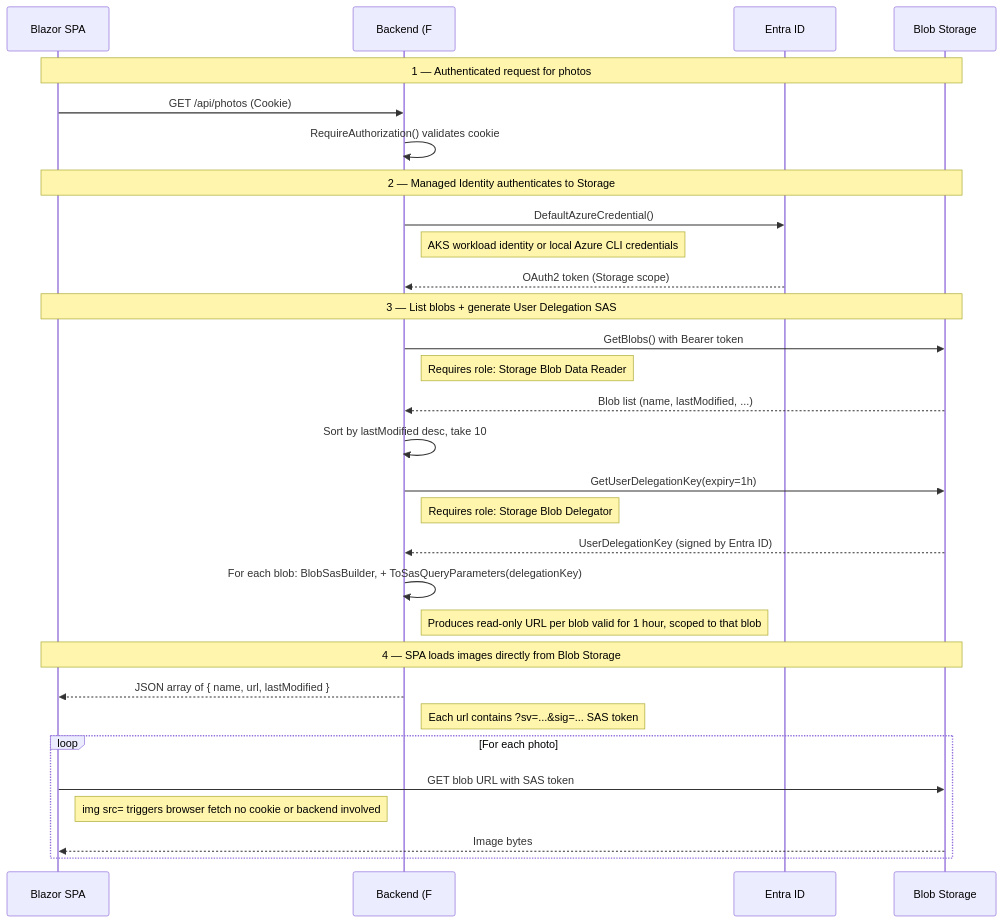
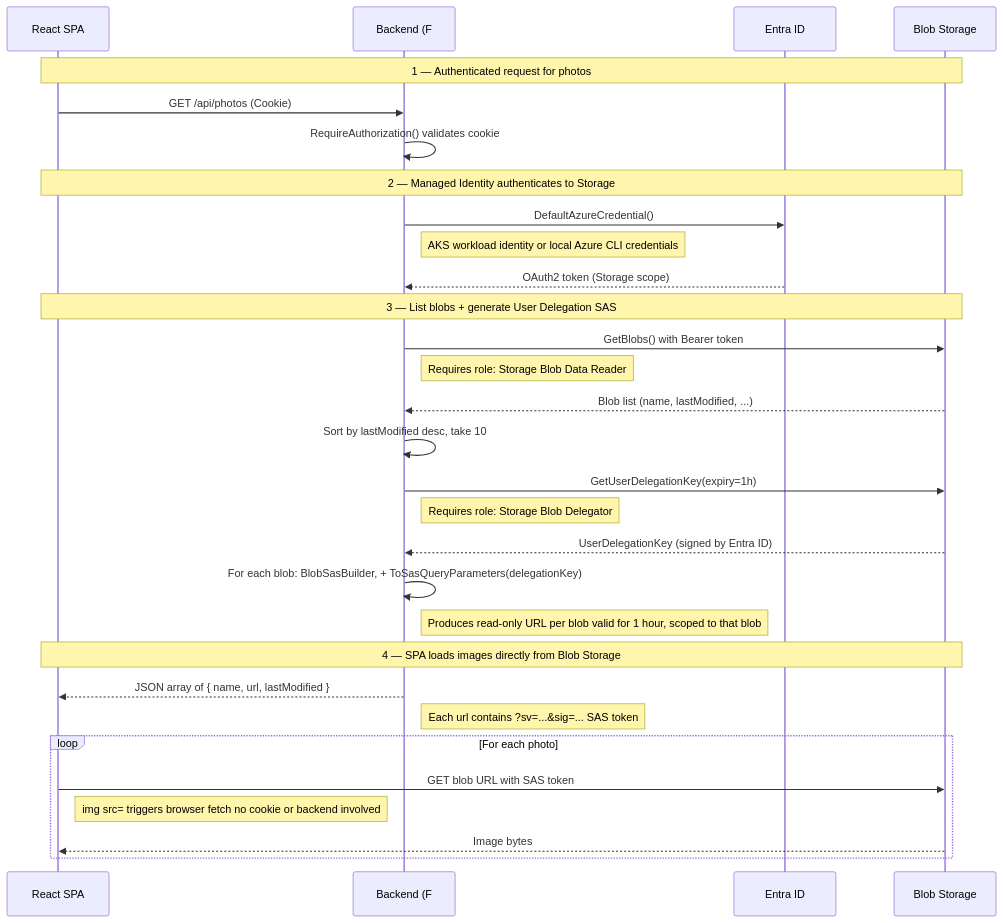
Before and after one commit to jagasafari/longevity: the third of 4 diagrams in docs/05-photo-pipeline.md, drawn with Mermaid. The commit also changed other lines of this file and 10 other files, not shown here.

First line of the commit message:
docs: update frontend references from Blazor WASM to React + TypeScript

````diff
--- a/docs/05-photo-pipeline.md
+++ b/docs/05-photo-pipeline.md
@@ -114,44 +114,44 @@
 ```mermaid
 sequenceDiagram
-    participant SPA as Blazor SPA
+    participant SPA as React SPA
     participant App as Backend (F# API)
     participant AAD as Entra ID
     participant Blob as Blob Storage
 
     Note over SPA,Blob: 1 — Authenticated request for photos
 
     SPA->>App: GET /api/photos (Cookie)
     App->>App: RequireAuthorization() validates cookie
 
     Note over SPA,Blob: 2 — Managed Identity authenticates to Storage
 
     App->>AAD: DefaultAzureCredential()
     Note right of App: AKS workload identity or local Azure CLI credentials
     AAD-->>App: OAuth2 token (Storage scope)
 
     Note over SPA,Blob: 3 — List blobs + generate User Delegation SAS
 
     App->>Blob: GetBlobs() with Bearer token
     Note right of App: Requires role: Storage Blob Data Reader
     Blob-->>App: Blob list (name, lastModified, ...)
 
     App->>App: Sort by lastModified desc, take 10
 
     App->>Blob: GetUserDelegationKey(expiry=1h)
     Note right of App: Requires role: Storage Blob Delegator
     Blob-->>App: UserDelegationKey (signed by Entra ID)
 
     App->>App: For each blob: BlobSasBuilder, + ToSasQueryParameters(delegationKey)
     Note right of App: Produces read-only URL per blob valid for 1 hour, scoped to that blob
 
     Note over SPA,Blob: 4 — SPA loads images directly from Blob Storage
 
     App-->>SPA: JSON array of { name, url, lastModified }
     Note right of App: Each url contains ?sv=...&sig=... SAS token
 
     loop For each photo
         SPA->>Blob: GET blob URL with SAS token
         Note right of SPA: img src= triggers browser fetch no cookie or backend involved
         Blob-->>SPA: Image bytes
     end
 ```
````
